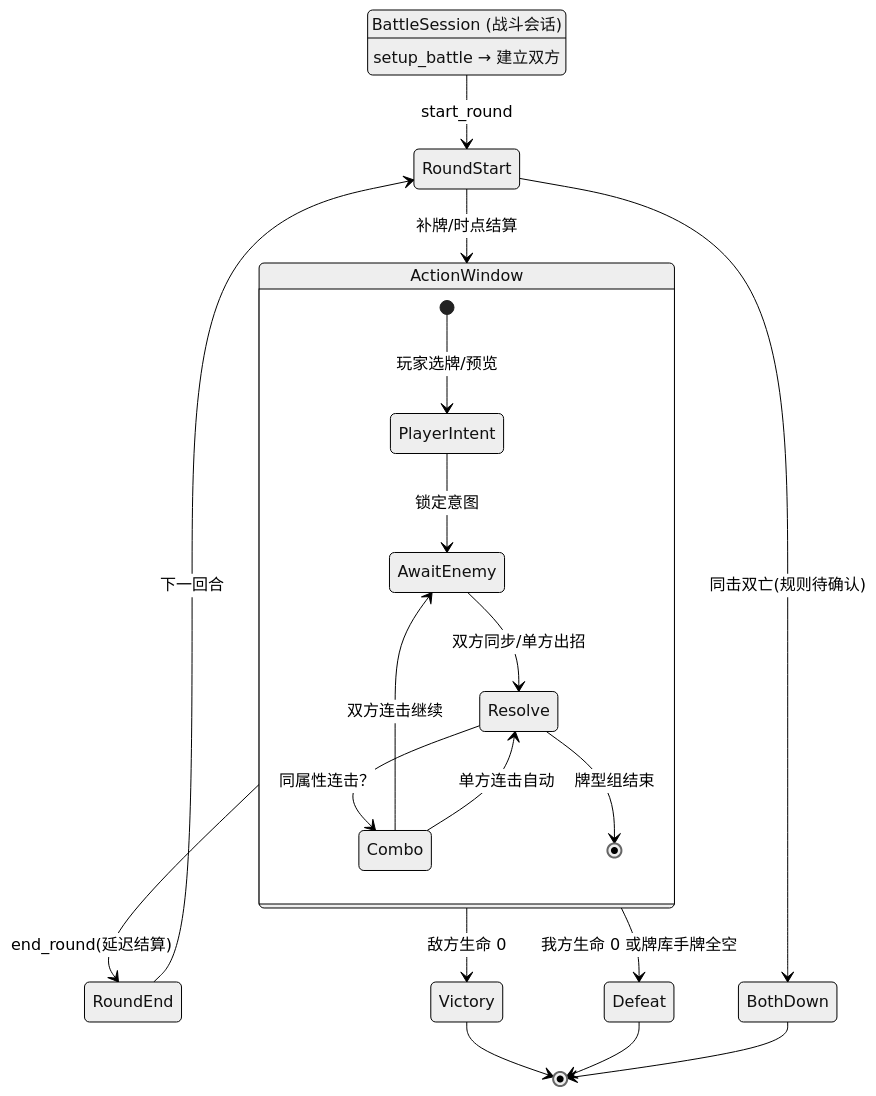
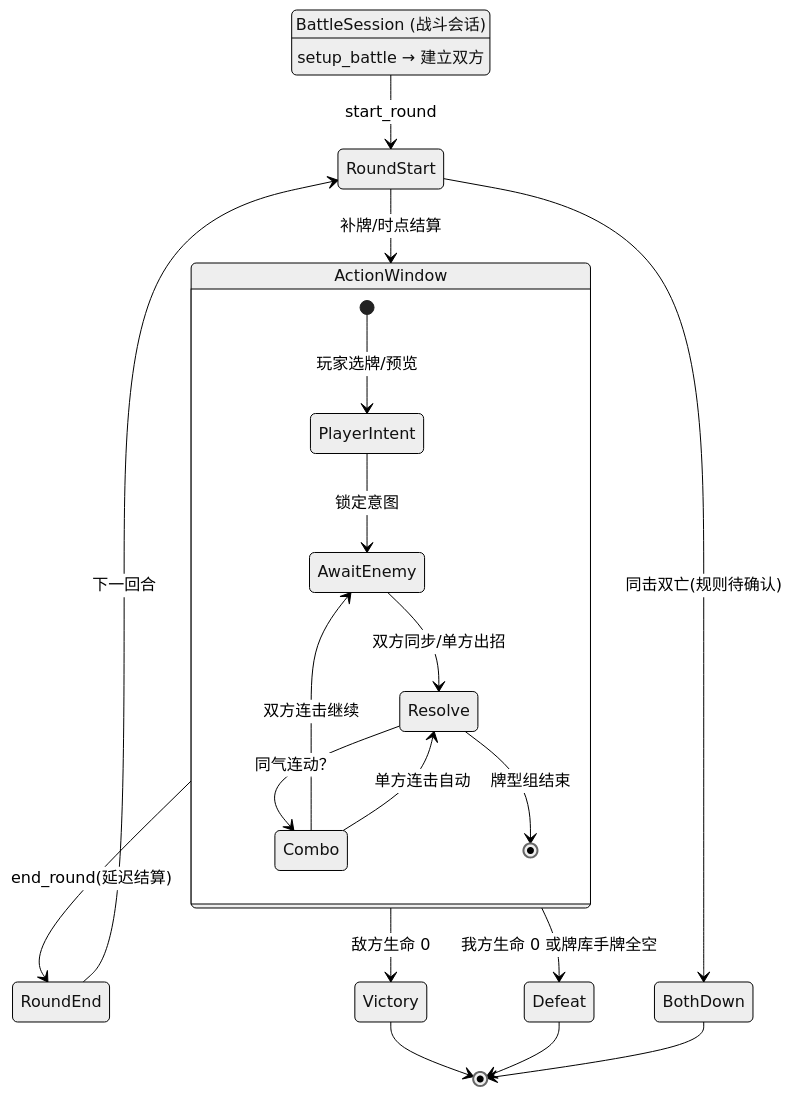
One commit to duguyumei/games changed the tenth of 16 diagrams in combo_duel_vslice/docs/architecture-diagrams.md. Above: the diagram before and after it, drawn with Mermaid (neutral theme). The commit also changed 10 other files, not shown here.

````diff
--- a/combo_duel_vslice/docs/architecture-diagrams.md
+++ b/combo_duel_vslice/docs/architecture-diagrams.md
@@ -404,24 +404,24 @@
 ```mermaid
 stateDiagram-v2
     state "BattleSession (战斗会话)" as BS
     BS : setup_battle → 建立双方
     BS --> RoundStart : start_round
     RoundStart --> ActionWindow : 补牌/时点结算
     state ActionWindow {
         [*] --> PlayerIntent : 玩家选牌/预览
         PlayerIntent --> AwaitEnemy : 锁定意图
         AwaitEnemy --> Resolve : 双方同步/单方出招
-        Resolve --> Combo : 同属性连击？
+        Resolve --> Combo : 同气连动？
         Combo --> AwaitEnemy : 双方连击继续
         Combo --> Resolve : 单方连击自动
         Resolve --> [*] : 牌型组结束
     }
     ActionWindow --> RoundEnd : end_round(延迟结算)
     RoundEnd --> RoundStart : 下一回合
     ActionWindow --> Victory : 敌方生命 0
     ActionWindow --> Defeat : 我方生命 0 或牌库手牌全空
     Victory --> [*]
     Defeat --> [*]
     RoundStart --> BothDown : 同击双亡(规则待确认)
     BothDown --> [*]
 ```
````
